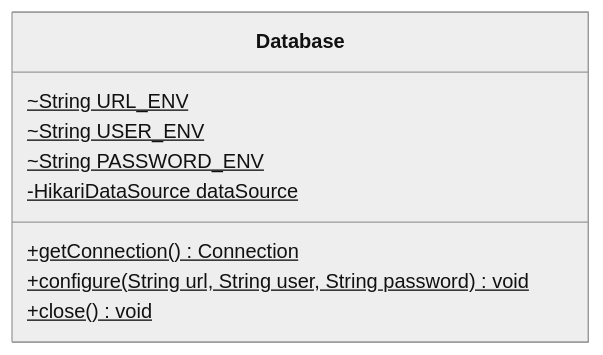
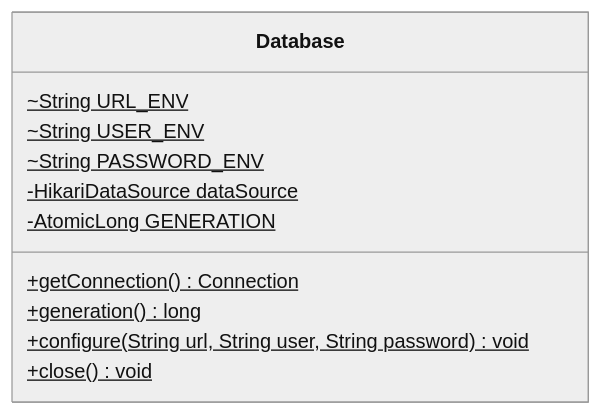
The second of 8 diagrams in docs/classes/shared.md (Nate-ryan-7690/dahaem), drawn with Mermaid (neutral theme) before and after one commit. The commit also changed other lines of this file and 35 other files, not shown here.

````diff
--- a/docs/classes/shared.md
+++ b/docs/classes/shared.md
@@ -57,13 +63,15 @@
 ```mermaid
 classDiagram
     direction LR
     class shared_Database["Database"] {
         ~String URL_ENV$
         ~String USER_ENV$
         ~String PASSWORD_ENV$
         -HikariDataSource dataSource$
+        -AtomicLong GENERATION$
         +getConnection() Connection$
+        +generation() long$
         +configure(String url, String user, String password) void$
         +close() void$
     }
 ```
````
